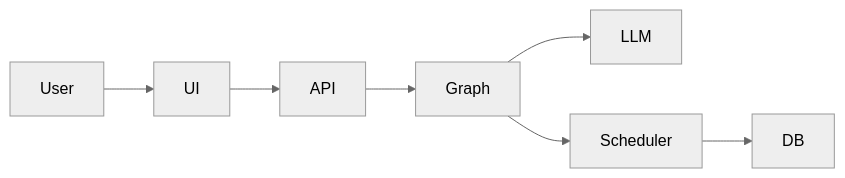
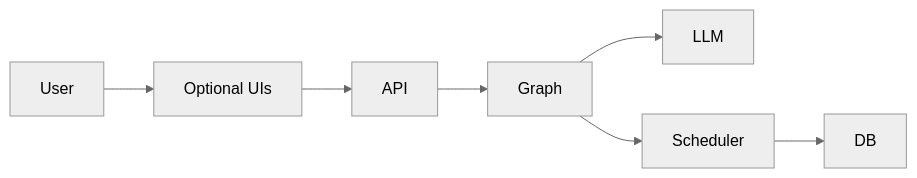
Before and after one commit to amin-lotf/VoiceAgent: the diagram in README.md, drawn with Mermaid (neutral theme). The commit also changed other lines of this file and 6 other files, not shown here.

Commit message:
Remove unused CLI code, streamline Docker profiles for optional Streamlit and React UIs, and update related documentation and configuration files.

````diff
--- a/README.md
+++ b/README.md
@@ -73,9 +73,9 @@
 ```mermaid
 flowchart LR
-    User --> UI
+    User --> UI["Optional UIs"]
     UI --> API
     API --> Graph
     Graph --> LLM
     Graph --> Scheduler
     Scheduler --> DB
 ```
````
